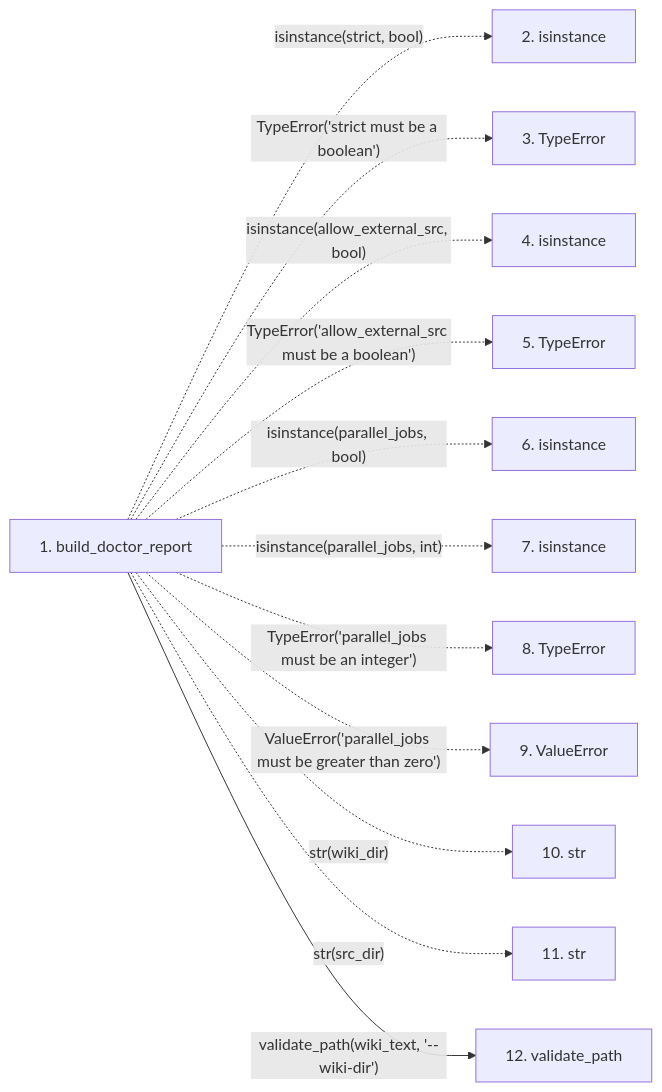
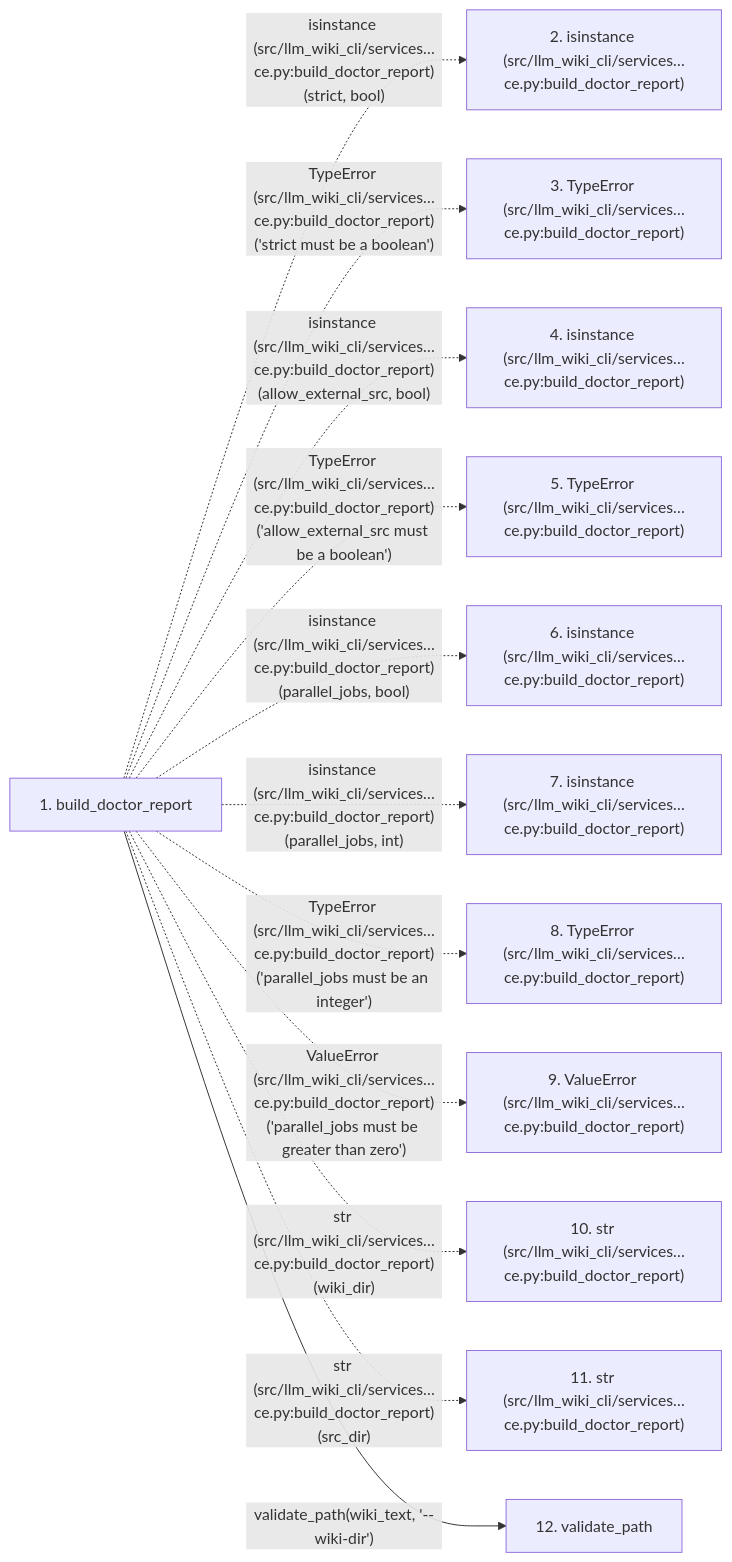
The second of 2 diagrams in docs/llm_wiki/flows/api-build_doctor_report.md (Denissvgn/python-wiki-llm), drawn with Mermaid before and after one commit. The commit also changed other lines of this file and 719 other files, not shown here.

````diff
--- a/docs/llm_wiki/flows/api-build_doctor_report.md
+++ b/docs/llm_wiki/flows/api-build_doctor_report.md
@@ -115,28 +122,28 @@
 ```mermaid
 flowchart LR
     s1["1. build_doctor_report"]
-    s2["2. isinstance"]
-    s3["3. TypeError"]
-    s4["4. isinstance"]
-    s5["5. TypeError"]
-    s6["6. isinstance"]
-    s7["7. isinstance"]
-    s8["8. TypeError"]
-    s9["9. ValueError"]
-    s10["10. str"]
-    s11["11. str"]
+    s2["2. isinstance (src/llm_wiki_cli/services…ce.py:build_doctor_report)"]
+    s3["3. TypeError (src/llm_wiki_cli/services…ce.py:build_doctor_report)"]
+    s4["4. isinstance (src/llm_wiki_cli/services…ce.py:build_doctor_report)"]
+    s5["5. TypeError (src/llm_wiki_cli/services…ce.py:build_doctor_report)"]
+    s6["6. isinstance (src/llm_wiki_cli/services…ce.py:build_doctor_report)"]
+    s7["7. isinstance (src/llm_wiki_cli/services…ce.py:build_doctor_report)"]
+    s8["8. TypeError (src/llm_wiki_cli/services…ce.py:build_doctor_report)"]
+    s9["9. ValueError (src/llm_wiki_cli/services…ce.py:build_doctor_report)"]
+    s10["10. str (src/llm_wiki_cli/services…ce.py:build_doctor_report)"]
+    s11["11. str (src/llm_wiki_cli/services…ce.py:build_doctor_report)"]
     s12["12. validate_path"]
-    s1 -. "isinstance(strict, bool)" .-> s2
-    s1 -. "TypeError('strict must be a boolean')" .-> s3
-    s1 -. "isinstance(allow_external_src, bool)" .-> s4
-    s1 -. "TypeError('allow_external_src must be a boolean')" .-> s5
-    s1 -. "isinstance(parallel_jobs, bool)" .-> s6
-    s1 -. "isinstance(parallel_jobs, int)" .-> s7
-    s1 -. "TypeError('parallel_jobs must be an integer')" .-> s8
-    s1 -. "ValueError('parallel_jobs must be greater than zero')" .-> s9
-    s1 -. "str(wiki_dir)" .-> s10
-    s1 -. "str(src_dir)" .-> s11
+    s1 -. "isinstance (src/llm_wiki_cli/services…ce.py:build_doctor_report)(strict, bool)" .-> s2
+    s1 -. "TypeError (src/llm_wiki_cli/services…ce.py:build_doctor_report)('strict must be a boolean')" .-> s3
+    s1 -. "isinstance (src/llm_wiki_cli/services…ce.py:build_doctor_report)(allow_external_src, bool)" .-> s4
+    s1 -. "TypeError (src/llm_wiki_cli/services…ce.py:build_doctor_report)('allow_external_src must be a boolean')" .-> s5
+    s1 -. "isinstance (src/llm_wiki_cli/services…ce.py:build_doctor_report)(parallel_jobs, bool)" .-> s6
+    s1 -. "isinstance (src/llm_wiki_cli/services…ce.py:build_doctor_report)(parallel_jobs, int)" .-> s7
+    s1 -. "TypeError (src/llm_wiki_cli/services…ce.py:build_doctor_report)('parallel_jobs must be an integer')" .-> s8
+    s1 -. "ValueError (src/llm_wiki_cli/services…ce.py:build_doctor_report)('parallel_jobs must be greater than zero')" .-> s9
+    s1 -. "str (src/llm_wiki_cli/services…ce.py:build_doctor_report)(wiki_dir)" .-> s10
+    s1 -. "str (src/llm_wiki_cli/services…ce.py:build_doctor_report)(src_dir)" .-> s11
     s1 -->|"validate_path(wiki_text, '--wiki-dir')"| s12
     click s1 "../modules/doctor_service.md"
     click s12 "../modules/config.md"
 ```
````
